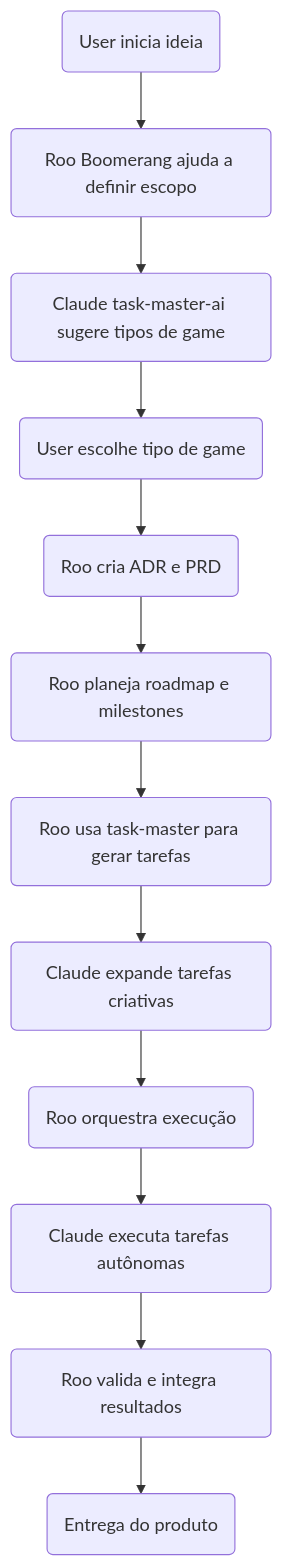
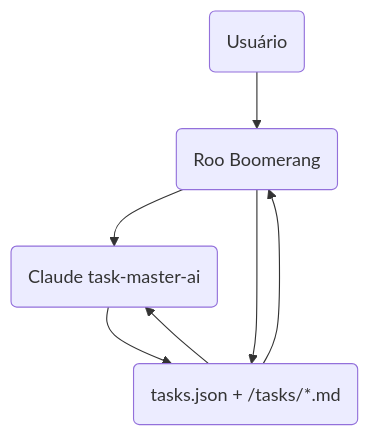
Before and after one commit to ekson73/kosmologogenesis: the first of 2 diagrams in docs/roo-taskmaster-integration-plan.md, drawn with Mermaid. The commit also changed other lines of this file and 2 other files, not shown here.

Commit message:
feat: Add task-master integration and enhance documentation for workflow orchestration

````diff
--- a/docs/roo-taskmaster-integration-plan.md
+++ b/docs/roo-taskmaster-integration-plan.md
@@ -57,16 +179,13 @@
 ```mermaid
 flowchart TD
-    A(User inicia ideia)
-    B(Roo Boomerang ajuda a definir escopo)
-    C(Claude task-master-ai sugere tipos de game)
-    D(User escolhe tipo de game)
-    E(Roo cria ADR e PRD)
-    F(Roo planeja roadmap e milestones)
-    G(Roo usa task-master para gerar tarefas)
-    H(Claude expande tarefas criativas)
-    I(Roo orquestra execução)
-    J(Claude executa tarefas autônomas)
-    K(Roo valida e integra resultados)
-    L(Entrega do produto)
-    A --> B --> C --> D --> E --> F --> G --> H --> I --> J --> K --> L
+    U(Usuário)
+    R(Roo Boomerang)
+    C(Claude task-master-ai)
+    F(tasks.json + /tasks/*.md)
+    U --> R
+    R --> C
+    C --> F
+    R --> F
+    F --> R
+    F --> C
 ```
````
